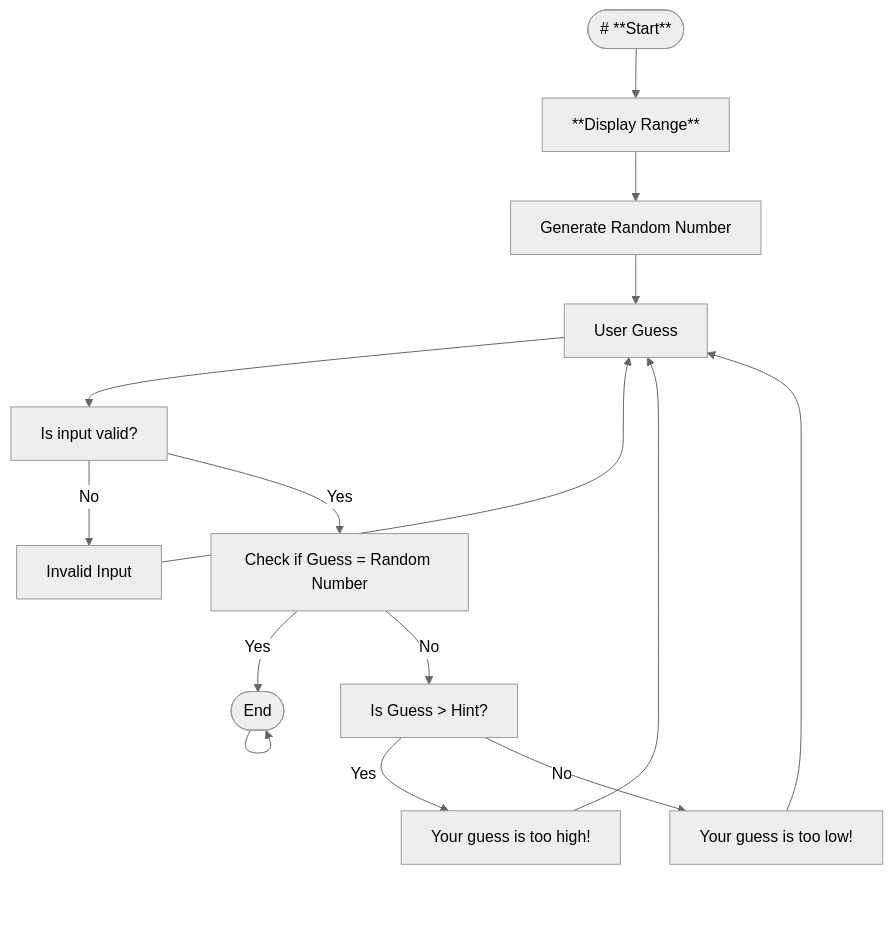
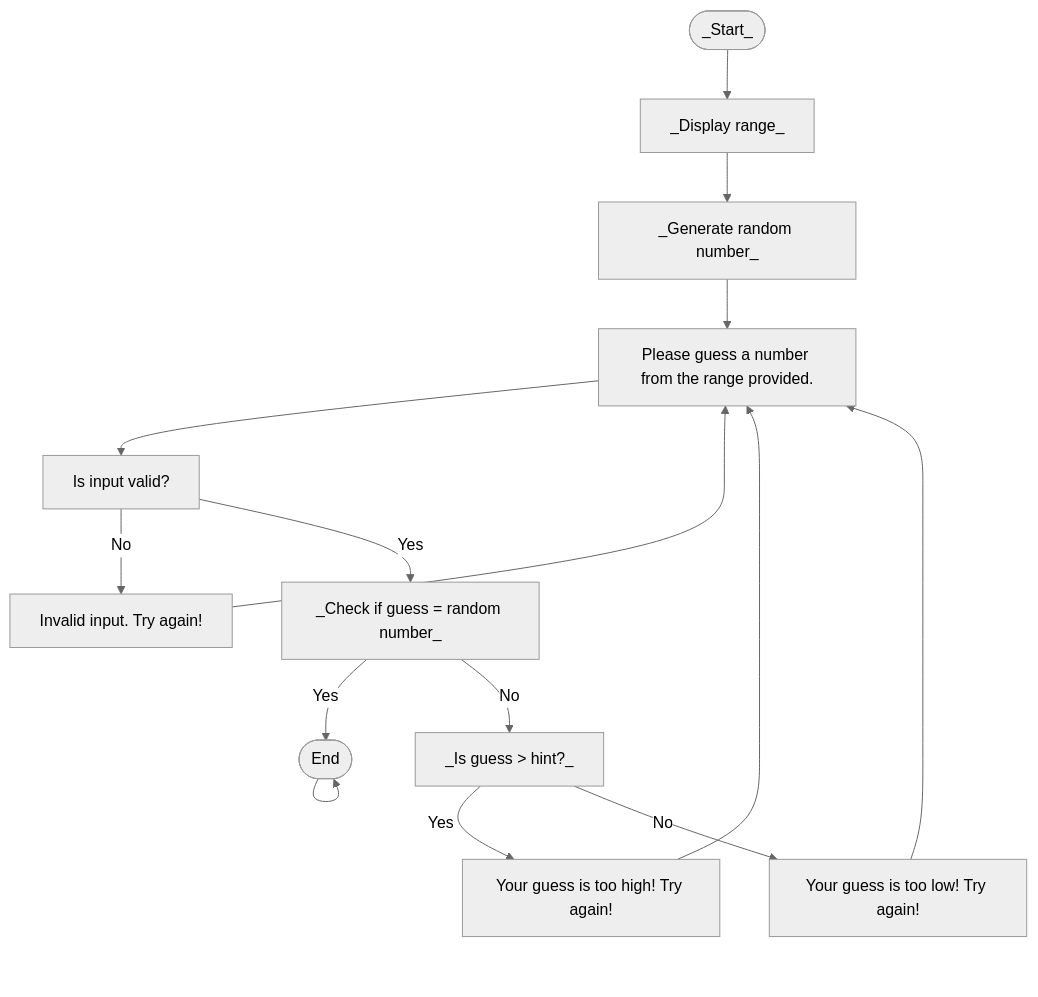
One commit to rfk-waketech/rfk-waketech.github.io changed the diagram in Guessing.md. Above: the diagram before and after it, drawn with Mermaid (neutral theme).

````diff
--- a/Guessing.md
+++ b/Guessing.md
@@ -1,13 +1,13 @@
 ```mermaid
 flowchart TD
-Start([# **Start**]) --> Range[**Display Range**]
-Range --> Rand[Generate Random Number]
-Rand --> Input[User Guess]
+Start([_Start_]) --> Range[_Display range_]
+Range --> Rand[_Generate random number_]
+Rand --> Input["Please guess a number from the range provided."]
 Input --> Valid[Is input valid?]
-Valid --> |No| Error[Invalid Input] --> Input
-Valid --> |Yes| Check[Check if Guess = Random Number]
-Check --> |Yes| End[You got it right! Congratulations!] --> End([End])
-Check --> |No| Hint[Is Guess > Hint?]
-Hint --> |Yes| High[Your guess is too high!] --> Input
-Hint --> |No| Low[Your guess is too low!] --> Input
+Valid --> |No| Error["Invalid input. Try again!"] --> Input
+Valid --> |Yes| Check[_Check if guess = random number_]
+Check --> |Yes| End["You got it right! Congratulations!"] --> End([End])
+Check --> |No| Hint[_Is guess > hint?_]
+Hint --> |Yes| High["Your guess is too high! Try again!"] --> Input
+Hint --> |No| Low["Your guess is too low! Try again!"] --> Input
 ```
````
